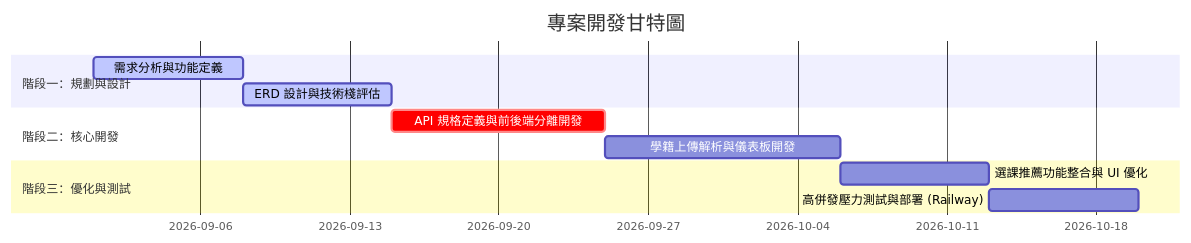
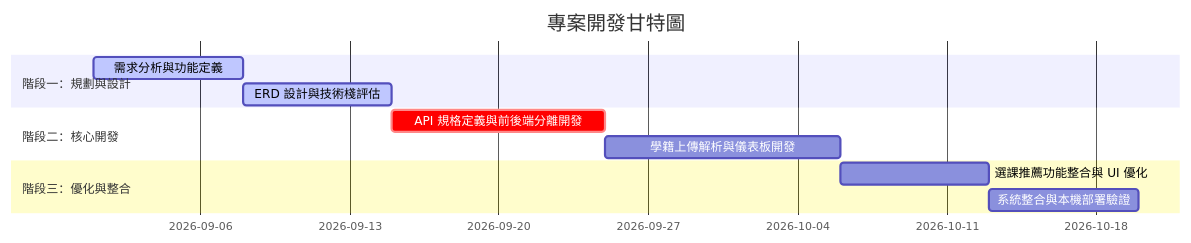
Before and after one commit to eric6990kgy/graduation-credit-verification-system: the diagram in README.md, drawn with Mermaid. The commit also changed other lines of this file, not shown here.

Commit message:
docs: remove Railway deployment and QA/load testing references

````diff
--- a/README.md
+++ b/README.md
@@ -22,14 +22,14 @@
 ```mermaid
 gantt
     title 專案開發甘特圖
     dateFormat  YYYY-MM-DD
     section 階段一：規劃與設計
     需求分析與功能定義           :active, des1, 2026-09-01, 7d
     ERD 設計與技術棧評估         :active, des2, after des1, 7d
     section 階段二：核心開發
     API 規格定義與前後端分離開發   :crit, dev1, after des2, 10d
     學籍上傳解析與儀表板開發       :dev2, after dev1, 11d
-    section 階段三：優化與測試
+    section 階段三：優化與整合
     選課推薦功能整合與 UI 優化    :opt1, after dev2, 7d
-    高併發壓力測試與部署 (Railway) :opt2, after opt1, 7d
+    系統整合與本機部署驗證       :opt2, after opt1, 7d
 ```
````
